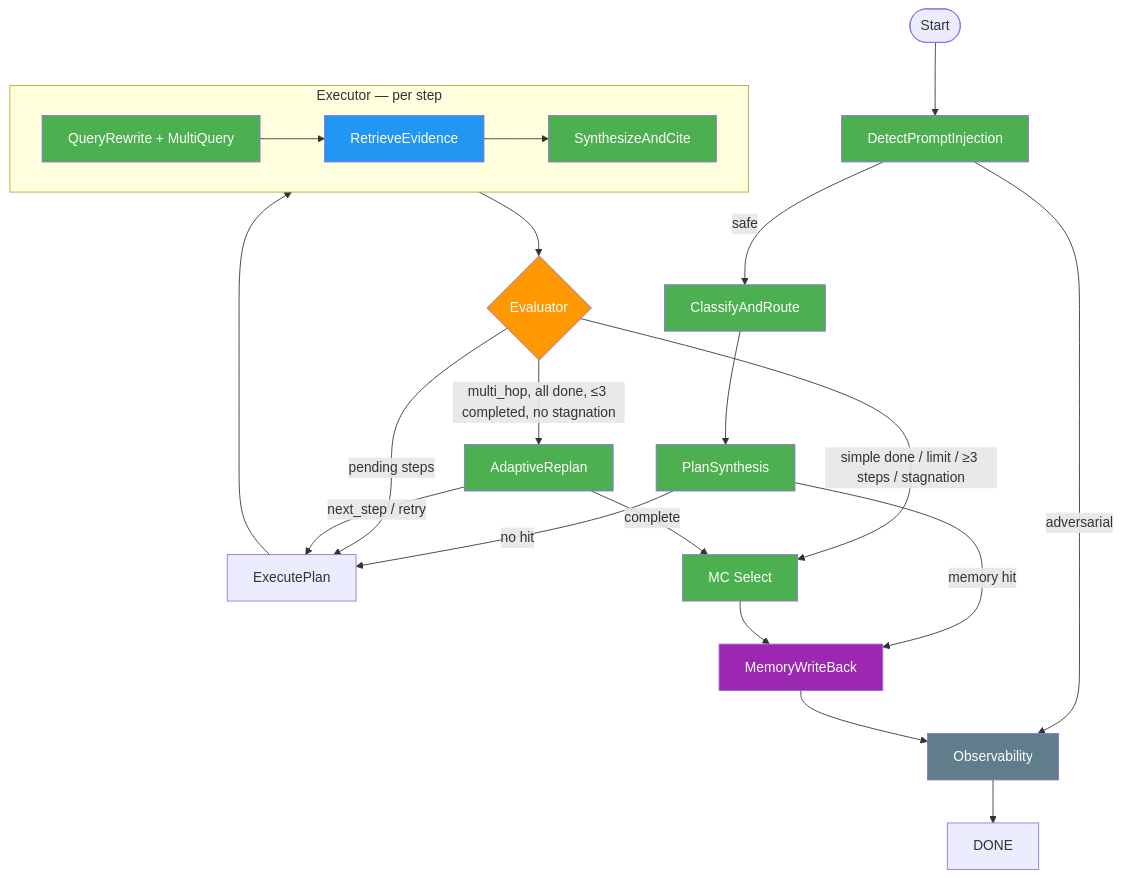
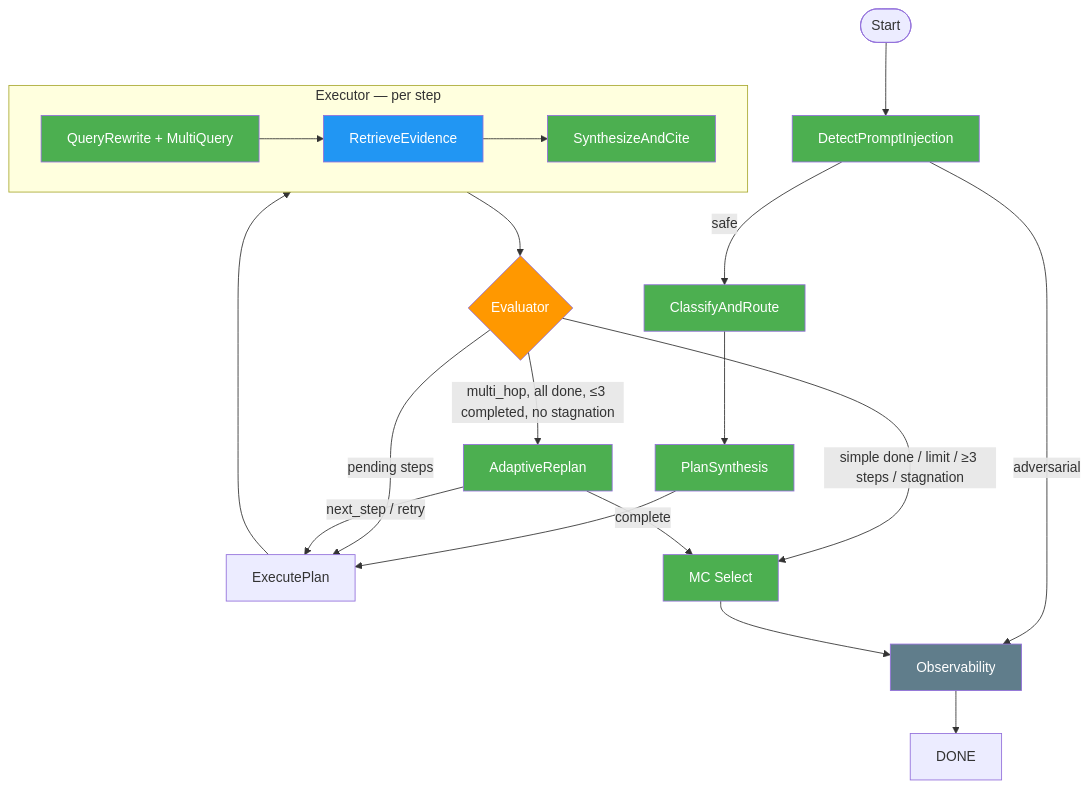
The diagram in docs/ARCHITECTURE.md (1hamzaiqbal/LegalRagAgent), drawn with Mermaid before and after one commit. The commit also changed other lines of this file and 5 other files, not shown here.

````diff
--- a/docs/ARCHITECTURE.md
+++ b/docs/ARCHITECTURE.md
@@ -11,37 +11,34 @@
 ```mermaid
 flowchart TD
     START([Start]) --> DPI[DetectPromptInjection]
     DPI -->|safe| CLASSIFY[ClassifyAndRoute]
     DPI -->|adversarial| OBS
     CLASSIFY --> PLAN[PlanSynthesis]
-    PLAN -->|memory hit| MWB[MemoryWriteBack]
-    PLAN -->|no hit| EXEC[ExecutePlan]
+    PLAN --> EXEC[ExecutePlan]
 
     subgraph EXEC_SUB [Executor — per step]
         QR[QueryRewrite + MultiQuery] --> RET[RetrieveEvidence]
         RET --> SC[SynthesizeAndCite]
     end
 
     EXEC --> EXEC_SUB
     EXEC_SUB --> EVAL{Evaluator}
     EVAL -->|pending steps| EXEC
     EVAL -->|multi_hop, all done, ≤3 completed, no stagnation| REPLAN[AdaptiveReplan]
     EVAL -->|simple done / limit / ≥3 steps / stagnation| VA[MC Select]
     REPLAN -->|next_step / retry| EXEC
     REPLAN -->|complete| VA
-    VA --> MWB
-    MWB --> OBS[Observability]
+    VA --> OBS[Observability]
     OBS --> DONE
 
     style DPI fill:#4CAF50,color:#fff
     style CLASSIFY fill:#4CAF50,color:#fff
     style PLAN fill:#4CAF50,color:#fff
     style QR fill:#4CAF50,color:#fff
     style SC fill:#4CAF50,color:#fff
     style REPLAN fill:#4CAF50,color:#fff
     style VA fill:#4CAF50,color:#fff
     style RET fill:#2196F3,color:#fff
     style EVAL fill:#FF9800,color:#fff
-    style MWB fill:#9C27B0,color:#fff
     style OBS fill:#607D8B,color:#fff
 ```
````
